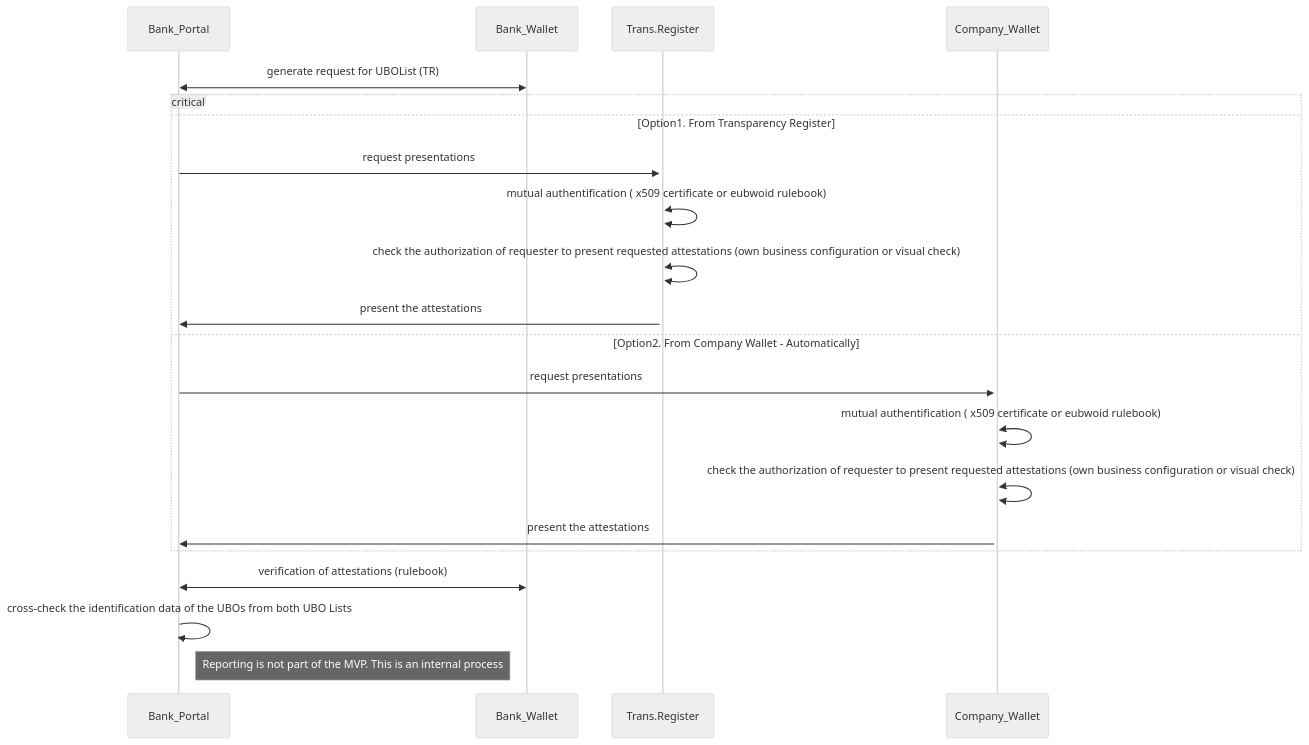
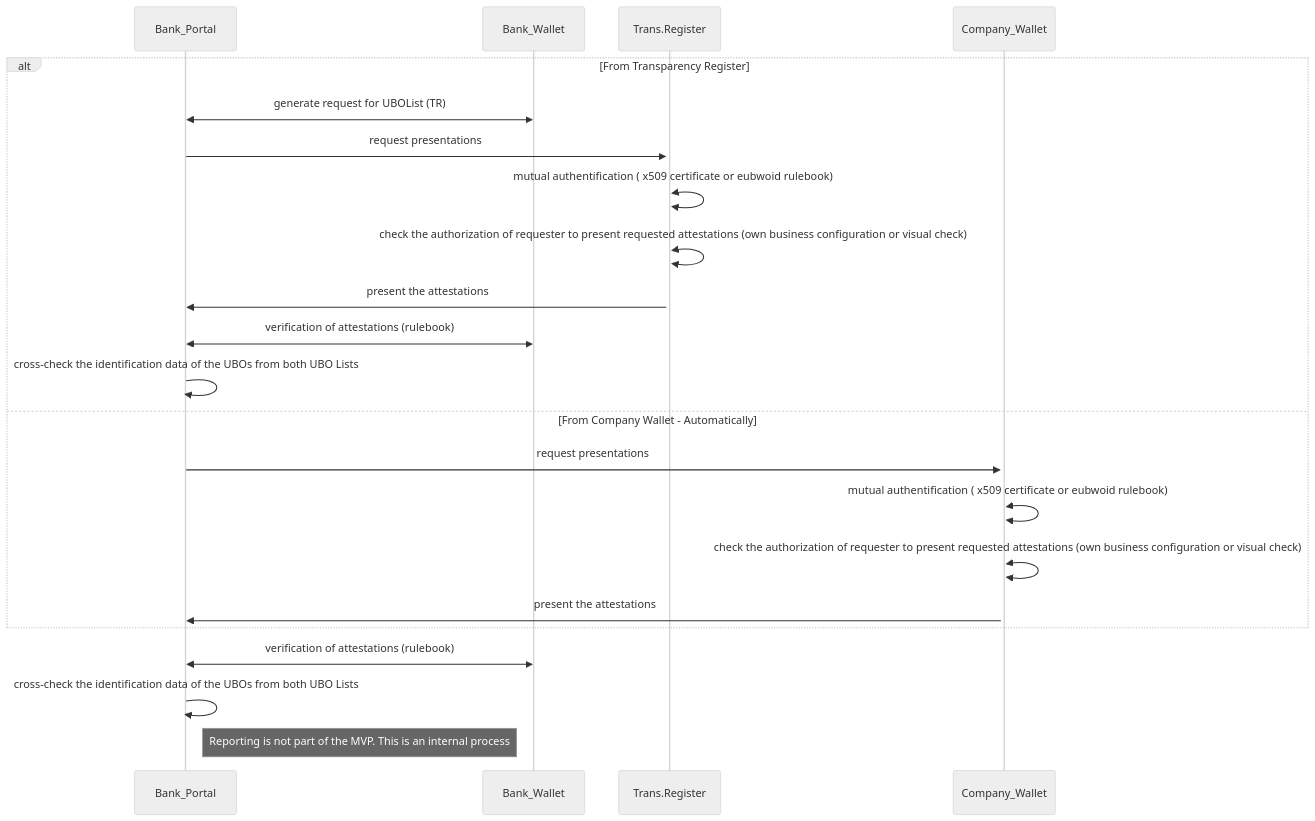
Before and after one commit to DominicHurni/wp3-technology-standards: the seventh of 13 diagrams in PA3/PA3_MVP_Plus.md, drawn with Mermaid (neutral theme). The commit also changed other lines of this file and 2 other files, not shown here.

````diff
--- a/PA3/PA3_MVP_Plus.md
+++ b/PA3/PA3_MVP_Plus.md
@@ -186,19 +171,20 @@
 ```mermaid
 sequenceDiagram
-    Bank_Portal<<->>Bank_Wallet: generate request for UBOList (TR)
-    critical
-    option Option1. From Transparency Register
+    alt From Transparency Register
+        Bank_Portal<<->>Bank_Wallet: generate request for UBOList (TR)
         Bank_Portal->>+Trans.Register: request presentations
         Trans.Register<<->>Trans.Register: mutual authentification ( x509 certificate or eubwoid rulebook)
         Trans.Register<<->>Trans.Register: check the authorization of requester to present requested attestations (own business configuration or visual check)
         Trans.Register->>Bank_Portal: present the attestations
-    option Option2. From Company Wallet - Automatically
+        Bank_Portal<<->>Bank_Wallet: verification of attestations (rulebook)
+        Bank_Portal->>Bank_Portal: cross-check the identification data of the UBOs from both UBO Lists
+    else From Company Wallet - Automatically
         Bank_Portal->>+Company_Wallet: request presentations
         Company_Wallet<<->>Company_Wallet: mutual authentification ( x509 certificate or eubwoid rulebook)
         Company_Wallet<<->>Company_Wallet: check the authorization of requester to present requested attestations (own business configuration or visual check)
         Company_Wallet->>Bank_Portal: present the attestations
-    end
+    end 
     Bank_Portal<<->>Bank_Wallet: verification of attestations (rulebook)
     Bank_Portal->>Bank_Portal: cross-check the identification data of the UBOs from both UBO Lists
     Note right of Bank_Portal: Reporting is not part of the MVP. This is an internal process
 ```
````
